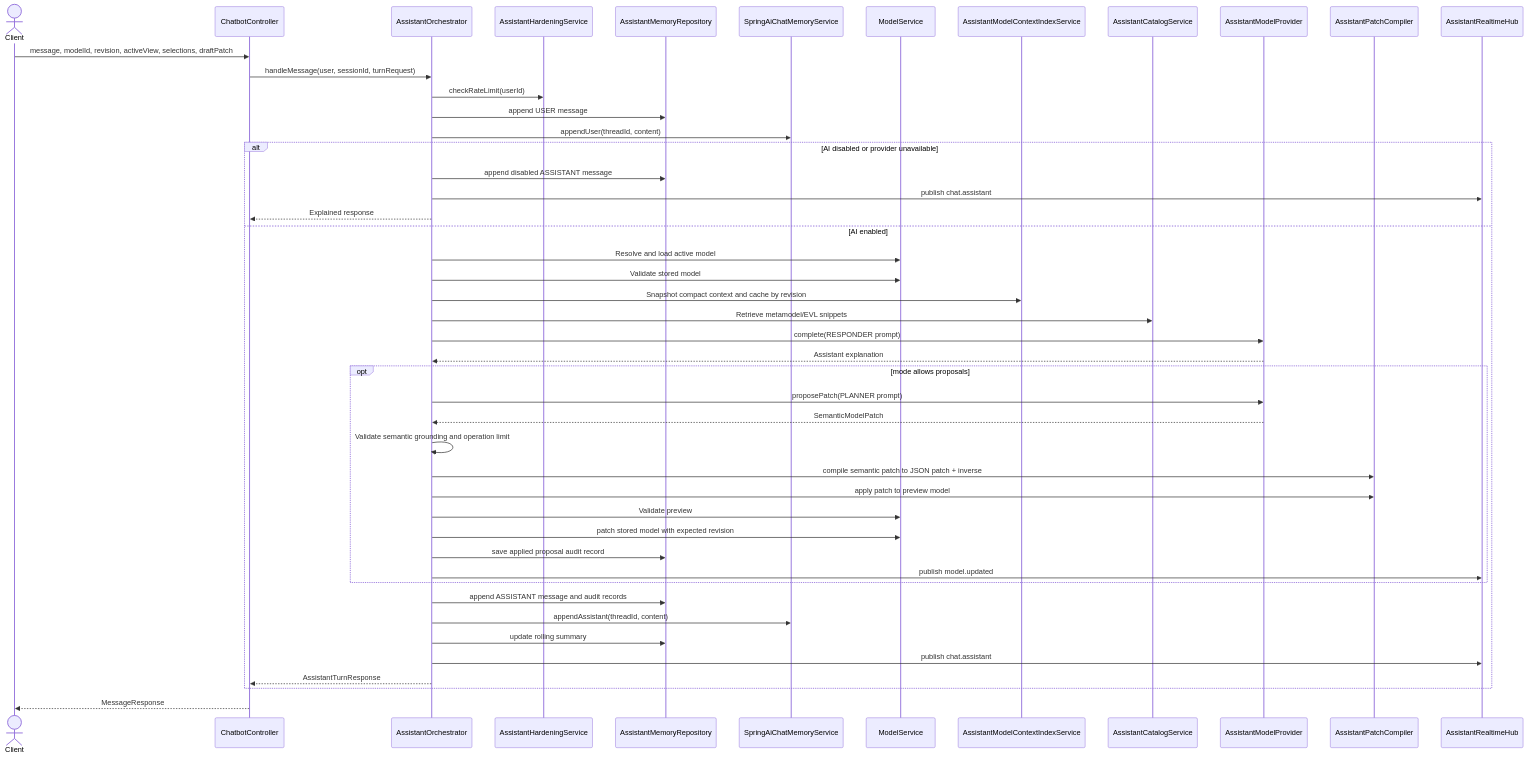
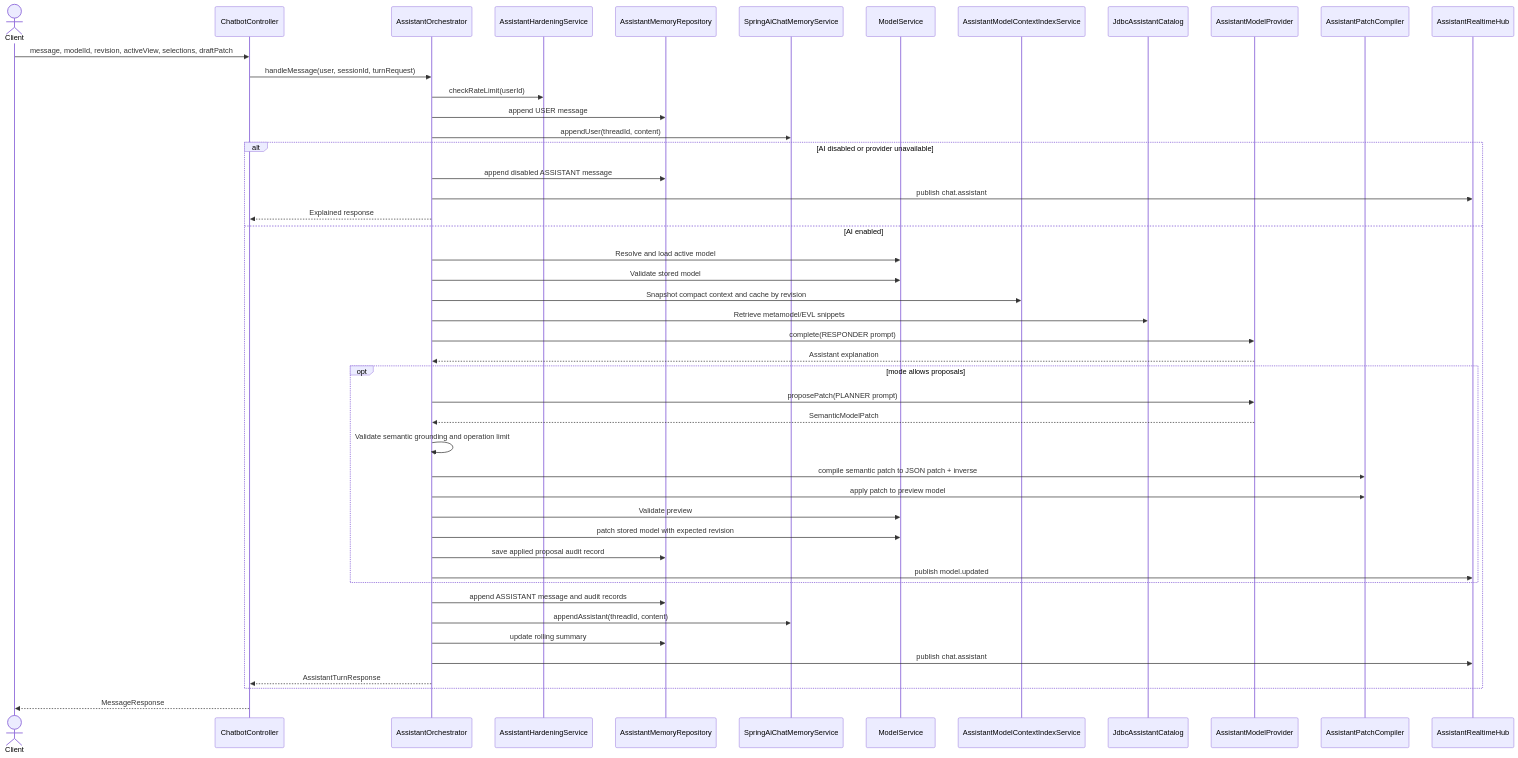
Before and after one commit to mehdieidi/modriss: the second of 9 diagrams in docs/diagrams/13-api-assistant-sequences.md, drawn with Mermaid. The commit also changed 50 other files, not shown here.

````diff
--- a/docs/diagrams/13-api-assistant-sequences.md
+++ b/docs/diagrams/13-api-assistant-sequences.md
@@ -28,50 +28,50 @@
 ```mermaid
 sequenceDiagram
     actor Client
     participant C as ChatbotController
     participant O as AssistantOrchestrator
     participant Hard as AssistantHardeningService
     participant Mem as AssistantMemoryRepository
     participant ChatMem as SpringAiChatMemoryService
     participant Models as ModelService
     participant Ctx as AssistantModelContextIndexService
-    participant Cat as AssistantCatalogService
+    participant Cat as JdbcAssistantCatalog
     participant Provider as AssistantModelProvider
     participant Patch as AssistantPatchCompiler
     participant RT as AssistantRealtimeHub
 
     Client->>C: message, modelId, revision, activeView, selections, draftPatch
     C->>O: handleMessage(user, sessionId, turnRequest)
     O->>Hard: checkRateLimit(userId)
     O->>Mem: append USER message
     O->>ChatMem: appendUser(threadId, content)
     alt AI disabled or provider unavailable
         O->>Mem: append disabled ASSISTANT message
         O->>RT: publish chat.assistant
         O-->>C: Explained response
     else AI enabled
         O->>Models: Resolve and load active model
         O->>Models: Validate stored model
         O->>Ctx: Snapshot compact context and cache by revision
         O->>Cat: Retrieve metamodel/EVL snippets
         O->>Provider: complete(RESPONDER prompt)
         Provider-->>O: Assistant explanation
         opt mode allows proposals
             O->>Provider: proposePatch(PLANNER prompt)
             Provider-->>O: SemanticModelPatch
             O->>O: Validate semantic grounding and operation limit
             O->>Patch: compile semantic patch to JSON patch + inverse
             O->>Patch: apply patch to preview model
             O->>Models: Validate preview
             O->>Models: patch stored model with expected revision
             O->>Mem: save applied proposal audit record
             O->>RT: publish model.updated
         end
         O->>Mem: append ASSISTANT message and audit records
         O->>ChatMem: appendAssistant(threadId, content)
         O->>Mem: update rolling summary
         O->>RT: publish chat.assistant
         O-->>C: AssistantTurnResponse
     end
     C-->>Client: MessageResponse
 ```
````
